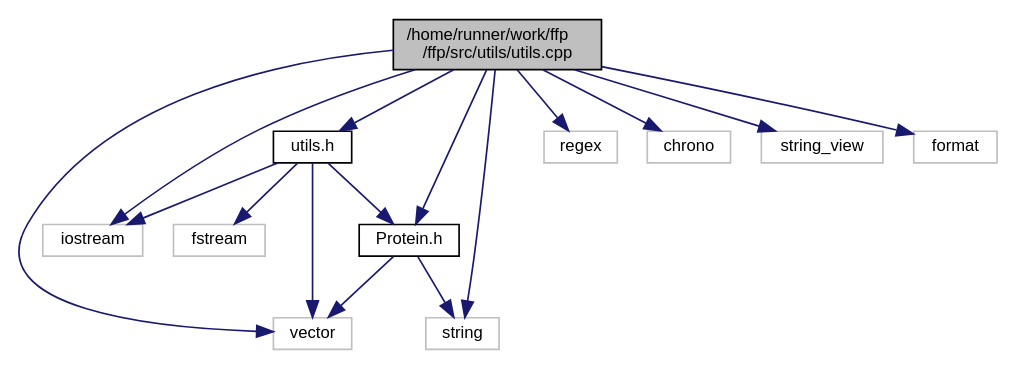
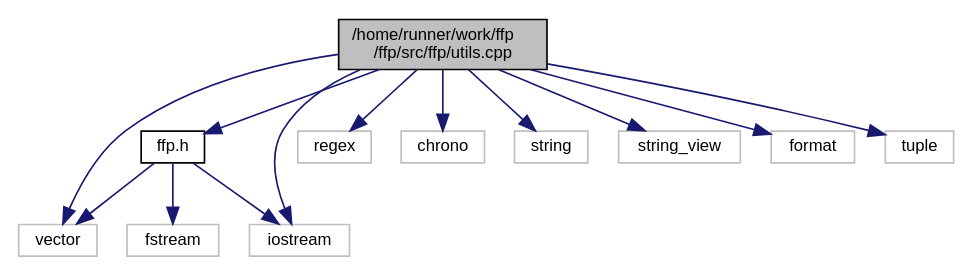
Before and after one commit to Mohamed-Nser-Said/ffp: the diagram in utils_8cpp__incl.dot, drawn with Graphviz. The commit also changed 100 other files, not shown here.

```diff
--- a/utils_8cpp__incl.dot
+++ b/utils_8cpp__incl.dot
@@ -1,32 +1,29 @@
-digraph "/home/runner/work/ffp/ffp/src/utils/utils.cpp"
+digraph "/home/runner/work/ffp/ffp/src/ffp/utils.cpp"
 {
  // LATEX_PDF_SIZE
   edge [fontname="Helvetica",fontsize="10",labelfontname="Helvetica",labelfontsize="10"];
   node [fontname="Helvetica",fontsize="10",shape=record];
-  Node1 [label="/home/runner/work/ffp\l/ffp/src/utils/utils.cpp",height=0.2,width=0.4,color="black", fillcolor="grey75", style="filled", fontcolor="black",tooltip=" "];
+  Node1 [label="/home/runner/work/ffp\l/ffp/src/ffp/utils.cpp",height=0.2,width=0.4,color="black", fillcolor="grey75", style="filled", fontcolor="black",tooltip=" "];
   Node1 -> Node2 [color="midnightblue",fontsize="10",style="solid",fontname="Helvetica"];
-  Node2 [label="utils.h",height=0.2,width=0.4,color="black", fillcolor="white", style="filled",URL="$utils_8h.html",tooltip=" "];
+  Node2 [label="ffp.h",height=0.2,width=0.4,color="black", fillcolor="white", style="filled",URL="$ffp_8h.html",tooltip=" "];
   Node2 -> Node3 [color="midnightblue",fontsize="10",style="solid",fontname="Helvetica"];
   Node3 [label="vector",height=0.2,width=0.4,color="grey75", fillcolor="white", style="filled",tooltip=" "];
   Node2 -> Node4 [color="midnightblue",fontsize="10",style="solid",fontname="Helvetica"];
   Node4 [label="iostream",height=0.2,width=0.4,color="grey75", fillcolor="white", style="filled",tooltip=" "];
   Node2 -> Node5 [color="midnightblue",fontsize="10",style="solid",fontname="Helvetica"];
   Node5 [label="fstream",height=0.2,width=0.4,color="grey75", fillcolor="white", style="filled",tooltip=" "];
-  Node2 -> Node6 [color="midnightblue",fontsize="10",style="solid",fontname="Helvetica"];
-  Node6 [label="Protein.h",height=0.2,width=0.4,color="black", fillcolor="white", style="filled",URL="$Protein_8h.html",tooltip=" "];
-  Node6 -> Node7 [color="midnightblue",fontsize="10",style="solid",fontname="Helvetica"];
-  Node7 [label="string",height=0.2,width=0.4,color="grey75", fillcolor="white", style="filled",tooltip=" "];
-  Node6 -> Node3 [color="midnightblue",fontsize="10",style="solid",fontname="Helvetica"];
   Node1 -> Node4 [color="midnightblue",fontsize="10",style="solid",fontname="Helvetica"];
   Node1 -> Node3 [color="midnightblue",fontsize="10",style="solid",fontname="Helvetica"];
+  Node1 -> Node6 [color="midnightblue",fontsize="10",style="solid",fontname="Helvetica"];
+  Node6 [label="regex",height=0.2,width=0.4,color="grey75", fillcolor="white", style="filled",tooltip=" "];
+  Node1 -> Node7 [color="midnightblue",fontsize="10",style="solid",fontname="Helvetica"];
+  Node7 [label="chrono",height=0.2,width=0.4,color="grey75", fillcolor="white", style="filled",tooltip=" "];
   Node1 -> Node8 [color="midnightblue",fontsize="10",style="solid",fontname="Helvetica"];
-  Node8 [label="regex",height=0.2,width=0.4,color="grey75", fillcolor="white", style="filled",tooltip=" "];
+  Node8 [label="string",height=0.2,width=0.4,color="grey75", fillcolor="white", style="filled",tooltip=" "];
   Node1 -> Node9 [color="midnightblue",fontsize="10",style="solid",fontname="Helvetica"];
-  Node9 [label="chrono",height=0.2,width=0.4,color="grey75", fillcolor="white", style="filled",tooltip=" "];
-  Node1 -> Node6 [color="midnightblue",fontsize="10",style="solid",fontname="Helvetica"];
-  Node1 -> Node7 [color="midnightblue",fontsize="10",style="solid",fontname="Helvetica"];
+  Node9 [label="string_view",height=0.2,width=0.4,color="grey75", fillcolor="white", style="filled",tooltip=" "];
   Node1 -> Node10 [color="midnightblue",fontsize="10",style="solid",fontname="Helvetica"];
-  Node10 [label="string_view",height=0.2,width=0.4,color="grey75", fillcolor="white", style="filled",tooltip=" "];
+  Node10 [label="format",height=0.2,width=0.4,color="grey75", fillcolor="white", style="filled",tooltip=" "];
   Node1 -> Node11 [color="midnightblue",fontsize="10",style="solid",fontname="Helvetica"];
-  Node11 [label="format",height=0.2,width=0.4,color="grey75", fillcolor="white", style="filled",tooltip=" "];
+  Node11 [label="tuple",height=0.2,width=0.4,color="grey75", fillcolor="white", style="filled",tooltip=" "];
 }
```
